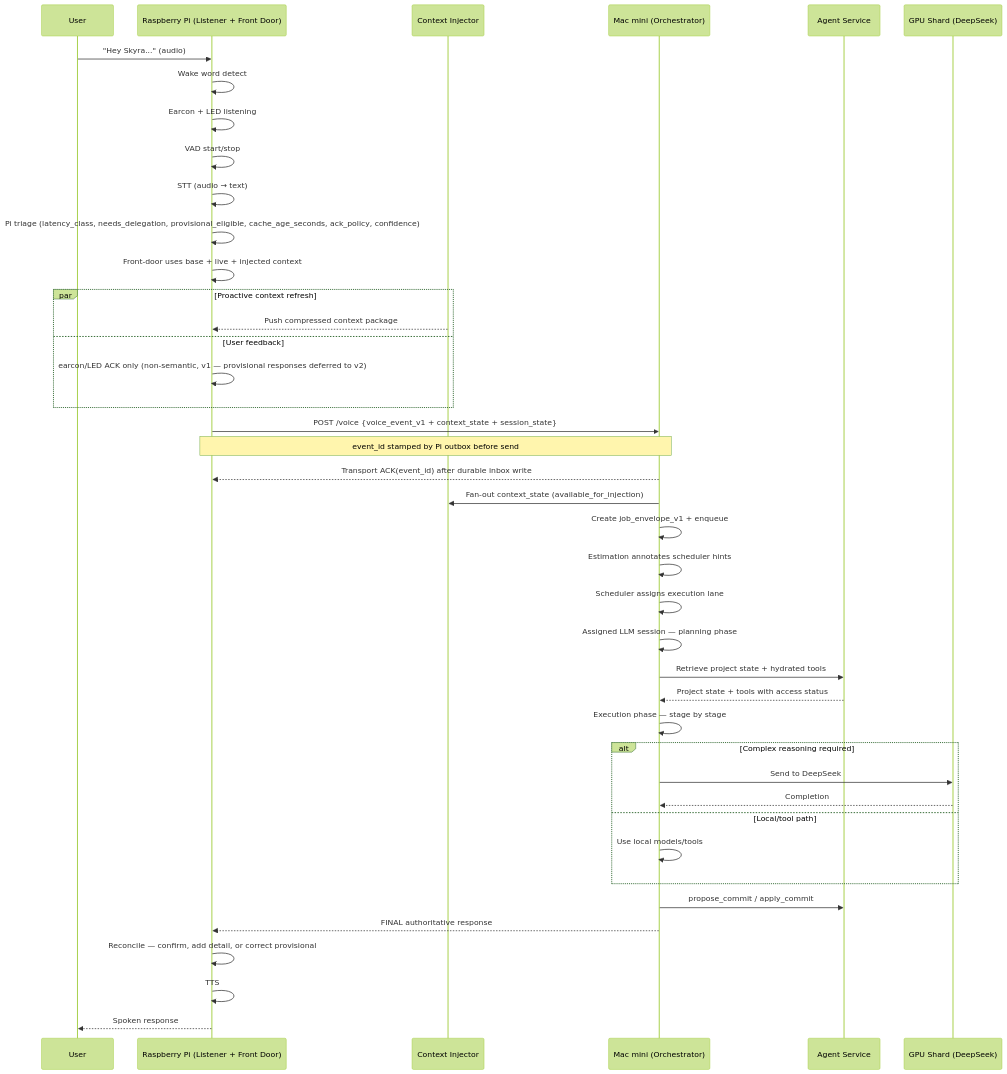
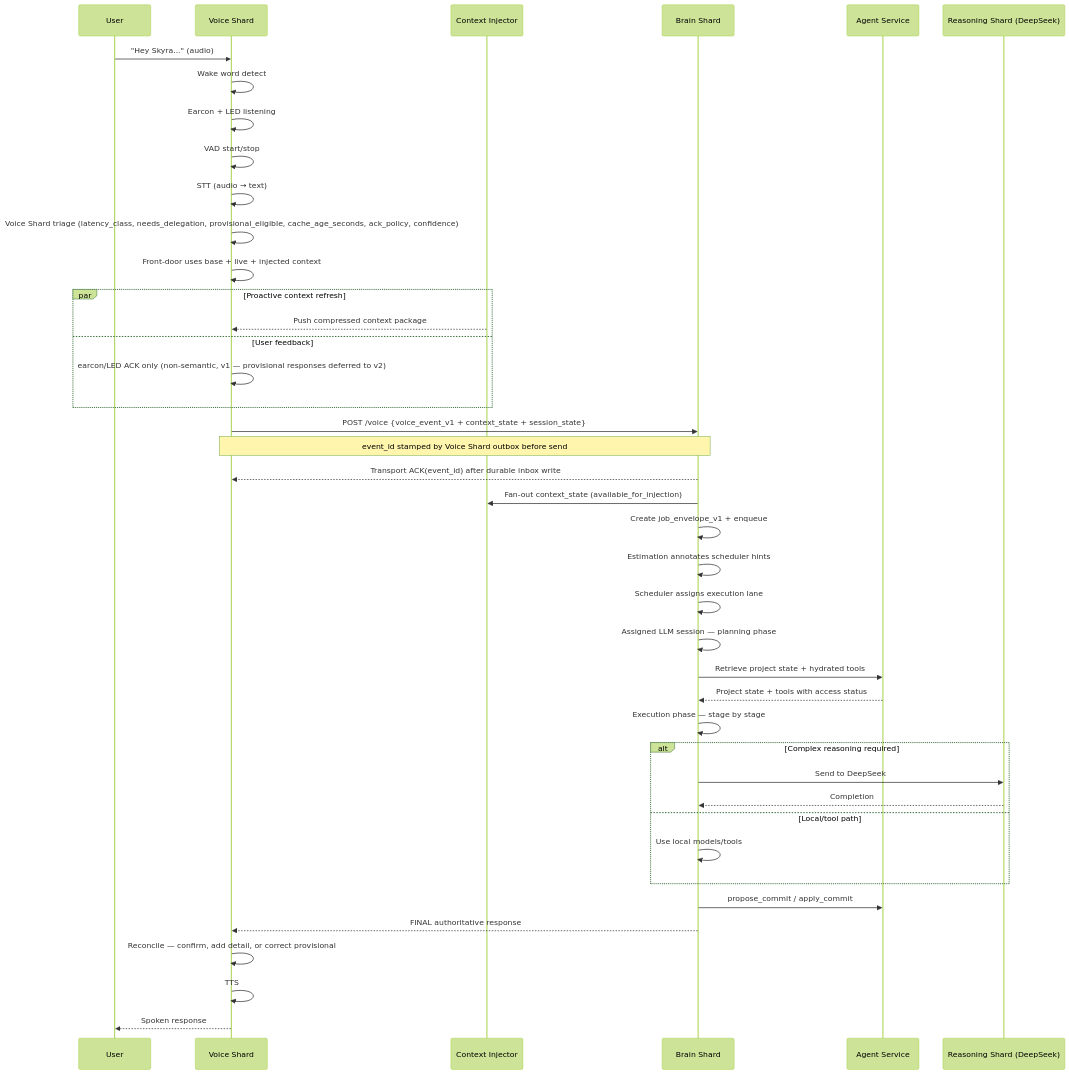
Before and after one commit to m-scanlon/tony-stark-was-able-tobuild-this-in-a-cave: the third of 3 diagrams in docs/arch/v1/scyra.md, drawn with Mermaid (forest theme). The commit also changed other lines of this file and 20 other files, not shown here.

````diff
--- a/docs/arch/v1/scyra.md
+++ b/docs/arch/v1/scyra.md
@@ -430,46 +430,46 @@
 ```mermaid
 sequenceDiagram
   participant User
-  participant Pi as Raspberry Pi (Listener + Front Door)
+  participant Pi as Voice Shard
   participant CIX as Context Injector
-  participant Mac as Mac mini (Orchestrator)
+  participant Mac as Brain Shard
   participant PROJ as Agent Service
-  participant GPU as GPU Shard (DeepSeek)
+  participant GPU as Reasoning Shard (DeepSeek)
 
   User->>Pi: "Hey Skyra..." (audio)
   Pi->>Pi: Wake word detect
   Pi->>Pi: Earcon + LED listening
   Pi->>Pi: VAD start/stop
   Pi->>Pi: STT (audio → text)
-  Pi->>Pi: Pi triage (latency_class, needs_delegation, provisional_eligible, cache_age_seconds, ack_policy, confidence)
+  Pi->>Pi: Voice Shard triage (latency_class, needs_delegation, provisional_eligible, cache_age_seconds, ack_policy, confidence)
   Pi->>Pi: Front-door uses base + live + injected context
   par Proactive context refresh
     CIX-->>Pi: Push compressed context package
   and User feedback
     Pi->>Pi: earcon/LED ACK only (non-semantic, v1 — provisional responses deferred to v2)
   end
 
   Pi->>Mac: POST /voice {voice_event_v1 + context_state + session_state}
-  Note over Pi,Mac: event_id stamped by Pi outbox before send
+  Note over Pi,Mac: event_id stamped by Voice Shard outbox before send
   Mac-->>Pi: Transport ACK(event_id) after durable inbox write
   Mac->>CIX: Fan-out context_state (available_for_injection)
 
   Mac->>Mac: Create job_envelope_v1 + enqueue
   Mac->>Mac: Estimation annotates scheduler hints
   Mac->>Mac: Scheduler assigns execution lane
   Mac->>Mac: Assigned LLM session — planning phase
   Mac->>PROJ: Retrieve project state + hydrated tools
   PROJ-->>Mac: Project state + tools with access status
   Mac->>Mac: Execution phase — stage by stage
   alt Complex reasoning required
     Mac->>GPU: Send to DeepSeek
     GPU-->>Mac: Completion
   else Local/tool path
     Mac->>Mac: Use local models/tools
   end
   Mac->>PROJ: propose_commit / apply_commit
   Mac-->>Pi: FINAL authoritative response
   Pi->>Pi: Reconcile — confirm, add detail, or correct provisional
   Pi->>Pi: TTS
   Pi-->>User: Spoken response
 ```
````
